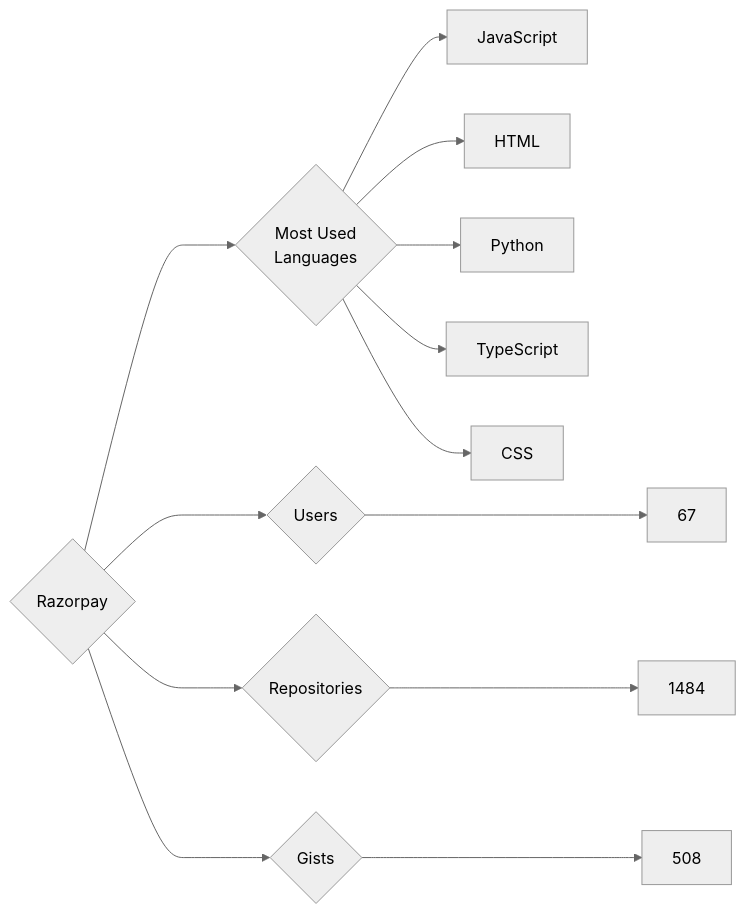
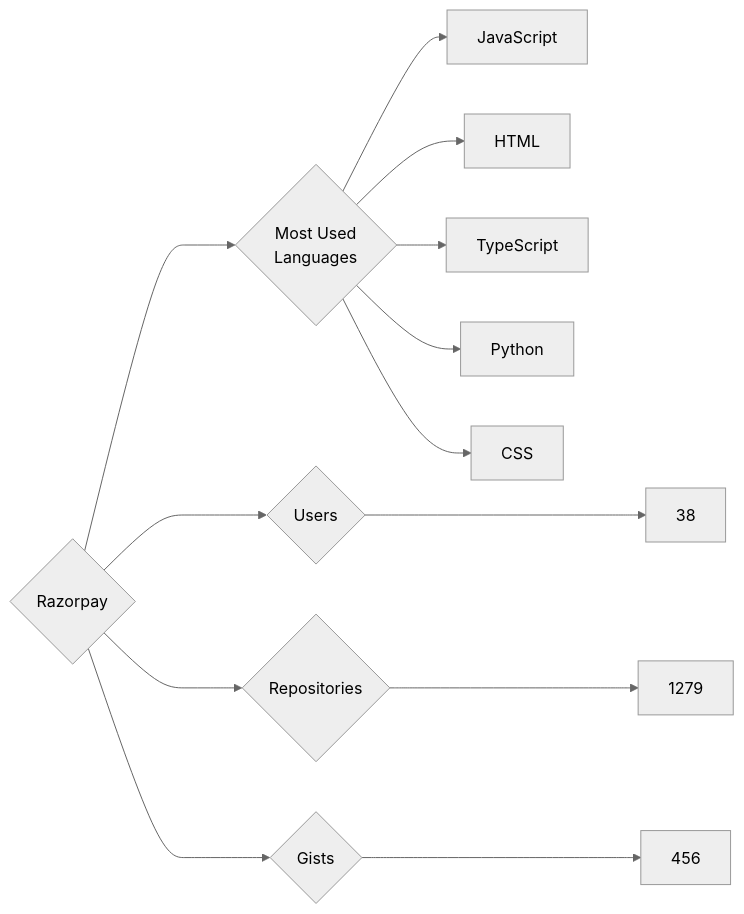
Before and after one commit to trickest/insiders: the diagram in targets/Razorpay/README.md, drawn with Mermaid (neutral theme). The commit also changed 860 other files, not shown here.

````diff
--- a/targets/Razorpay/README.md
+++ b/targets/Razorpay/README.md
@@ -3,13 +3,13 @@
 ```mermaid
 graph LR
 COMPANY_NAME{Razorpay}
-COMPANY_NAME ---> U{Users} ---> UN[67]
-COMPANY_NAME ---> R{Repositories} ---> RN[1484]
-COMPANY_NAME ---> G{Gists} ---> GN[508]
+COMPANY_NAME ---> U{Users} ---> UN[38]
+COMPANY_NAME ---> R{Repositories} ---> RN[1279]
+COMPANY_NAME ---> G{Gists} ---> GN[456]
 COMPANY_NAME ---> ML{Most Used<br>Languages}
 ML --> JavaScript[JavaScript]
 ML --> HTML[HTML]
+ML --> TypeScript[TypeScript]
 ML --> Python[Python]
-ML --> TypeScript[TypeScript]
 ML --> CSS[CSS]
 ```
````
